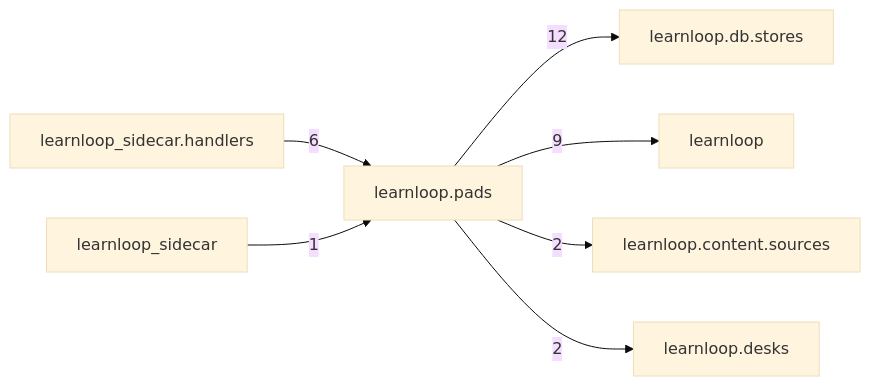
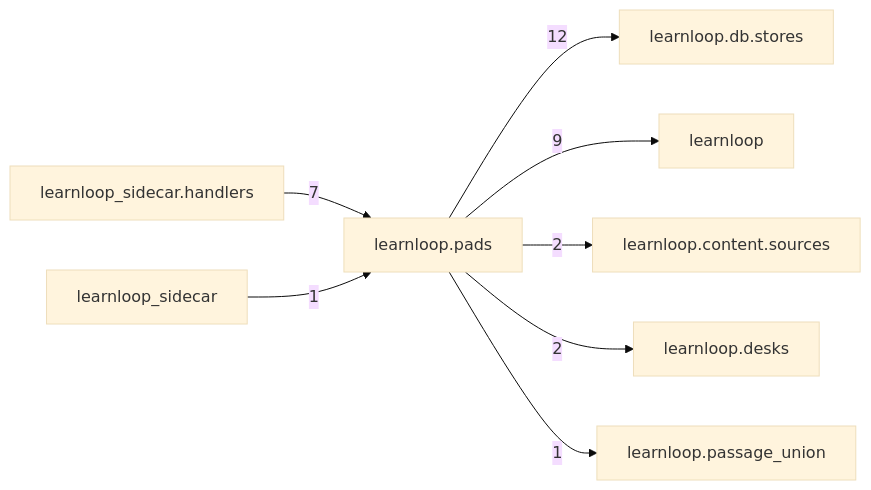
The diagram in docs/learnloop-architecture-vault/Reference/Modules/learnloop/pads/_package.md (6up-b/learnanything), drawn with Mermaid (base theme) before and after one commit. The commit also changed other lines of this file and 46 other files, not shown here.

````diff
--- a/docs/learnloop-architecture-vault/Reference/Modules/learnloop/pads/_package.md
+++ b/docs/learnloop-architecture-vault/Reference/Modules/learnloop/pads/_package.md
@@ -79,16 +80,18 @@
 ```mermaid
 flowchart LR
     center["learnloop.pads"]
     n_learnloop_db_stores["learnloop.db.stores"]
     n_learnloop["learnloop"]
     n_learnloop_sidecar_handlers["learnloop_sidecar.handlers"]
     n_learnloop_content_sources["learnloop.content.sources"]
     n_learnloop_desks["learnloop.desks"]
+    n_learnloop_passage_union["learnloop.passage_union"]
     n_learnloop_sidecar["learnloop_sidecar"]
     center -->|12| n_learnloop_db_stores
     center -->|9| n_learnloop
-    n_learnloop_sidecar_handlers -->|6| center
+    n_learnloop_sidecar_handlers -->|7| center
     center -->|2| n_learnloop_content_sources
     center -->|2| n_learnloop_desks
+    center -->|1| n_learnloop_passage_union
     n_learnloop_sidecar -->|1| center
 ```
````
